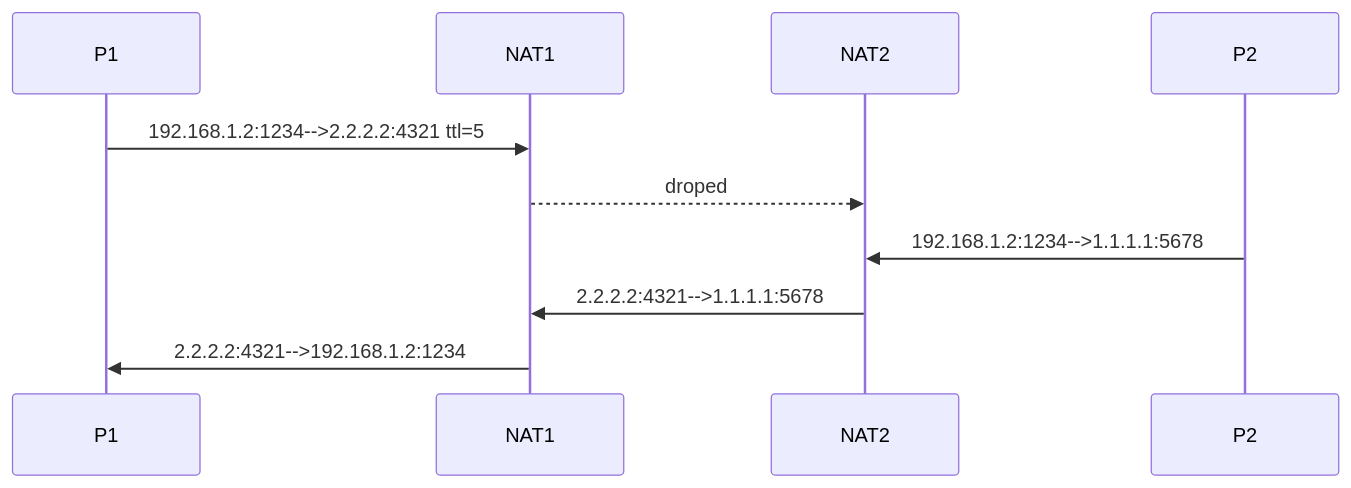
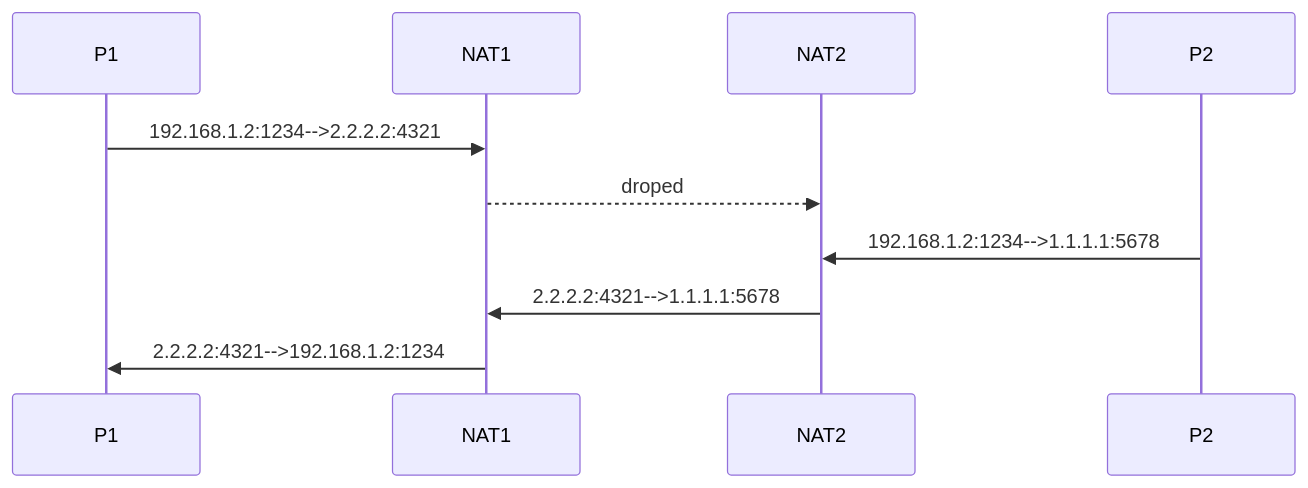
One commit to 1314liuwei/blog changed the second of 3 diagrams in docs/计算机网络/NAT 穿透.md. Above: the diagram before and after it, drawn with Mermaid. The commit also changed other lines of this file and 1 other file, not shown here.

`````diff
--- a/docs/计算机网络/NAT 穿透.md
+++ b/docs/计算机网络/NAT 穿透.md
@@ -41,8 +32,8 @@
 ``` mermaid
 sequenceDiagram
-    P1->>NAT1: 192.168.1.2:1234-->2.2.2.2:4321 ttl=5
+    P1->>NAT1: 192.168.1.2:1234-->2.2.2.2:4321 
     NAT1-->>NAT2: droped
     P2->>NAT2: 192.168.1.2:1234-->1.1.1.1:5678
     NAT2->>NAT1: 2.2.2.2:4321-->1.1.1.1:5678
     NAT1->>P1: 2.2.2.2:4321-->192.168.1.2:1234
 ````
`````
